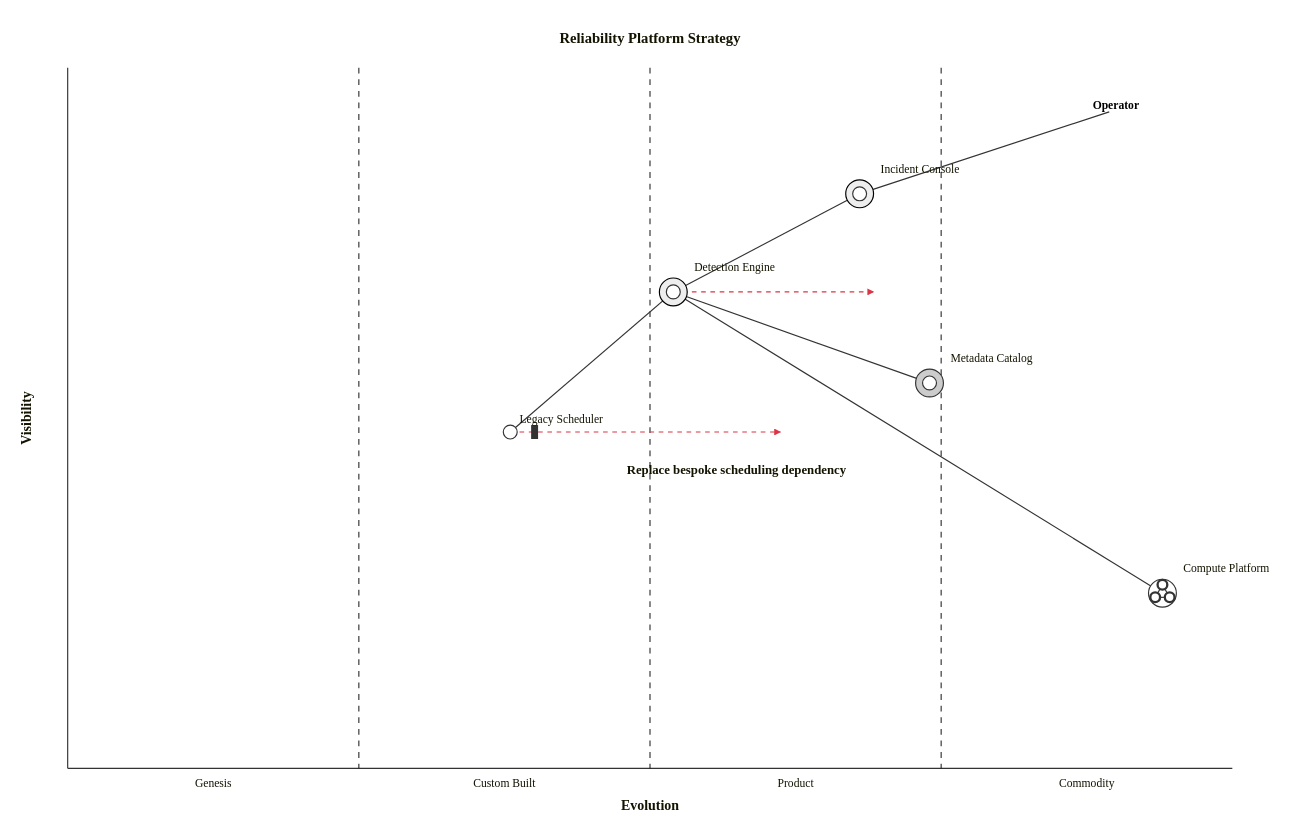
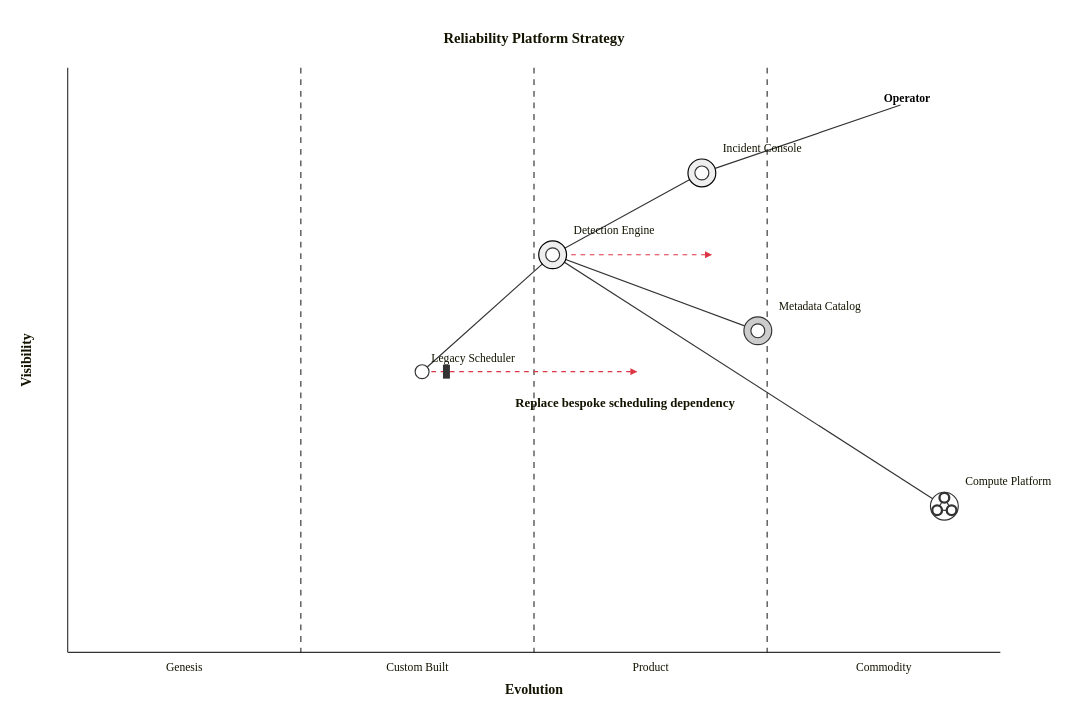
Before and after one commit to mols3131d/mols-agent-assets: the second of 2 diagrams in src/rulesync/.rulesync/skills/mols-mermaid-diagram/references/examples/wardley.md, drawn with Mermaid. The commit also changed other lines of this file and 17 other files, not shown here.

Commit message:
feat(mermaid): viewport 및 reference 지침 개선

````diff
--- a/src/rulesync/.rulesync/skills/mols-mermaid-diagram/references/examples/wardley.md
+++ b/src/rulesync/.rulesync/skills/mols-mermaid-diagram/references/examples/wardley.md
@@ -27,22 +27,21 @@
 ```mermaid
 wardley-beta
     title Reliability Platform Strategy
-    size [1100, 700]
 
     anchor Operator [0.94, 0.90]
     component Incident Console [0.82, 0.68] (build)
     component Detection Engine [0.68, 0.52] (build)
     component Metadata Catalog [0.55, 0.74] (buy)
     component Compute Platform [0.25, 0.94] (market)
     component Legacy Scheduler [0.48, 0.38] (inertia)
 
     Operator -> Incident Console
     Incident Console -> Detection Engine
     Detection Engine -> Metadata Catalog
     Detection Engine -> Compute Platform
     Detection Engine -> Legacy Scheduler
 
     evolve Detection Engine 0.70
     evolve Legacy Scheduler 0.62
     note "Replace bespoke scheduling dependency" [0.42, 0.48]
 ```
````
